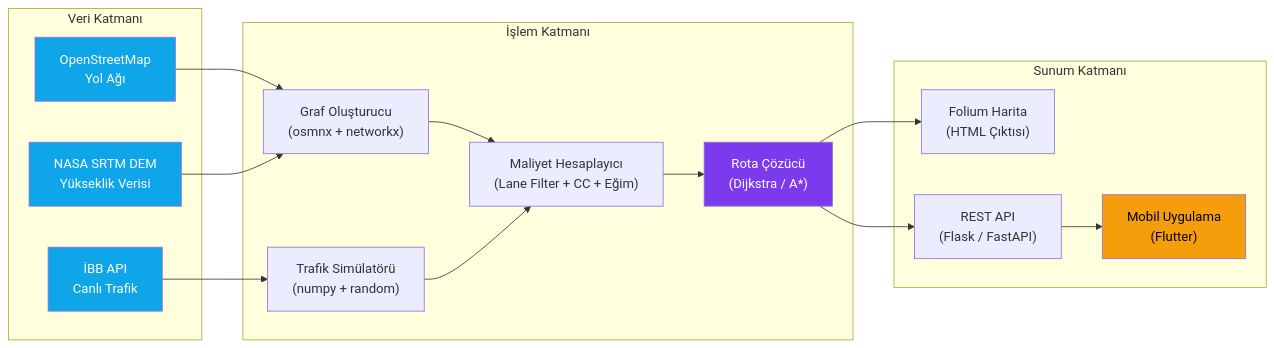
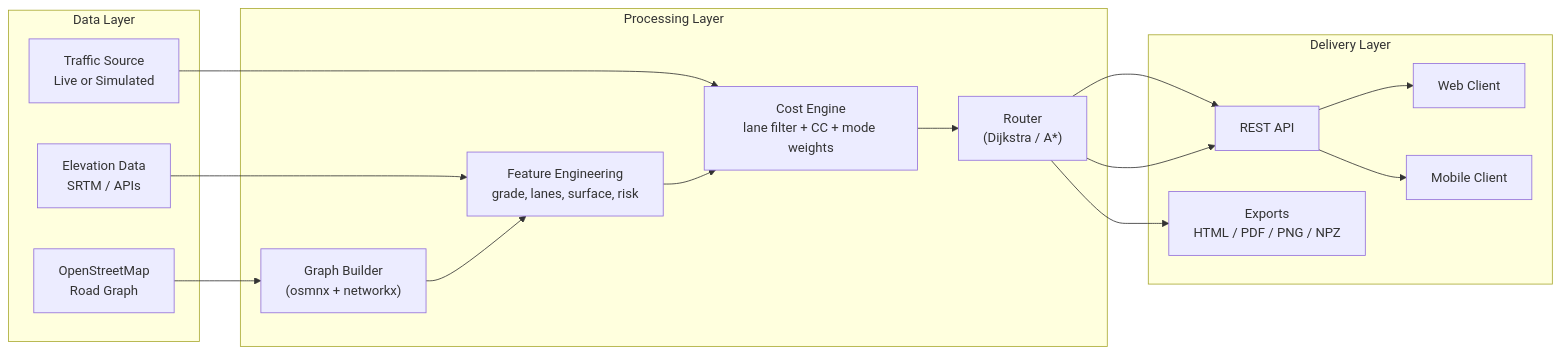
Before and after one commit to alireal973/motomap: the diagram in README.md, drawn with Mermaid. The commit also changed other lines of this file and 38 other files, not shown here.

````diff
--- a/README.md
+++ b/README.md
@@ -211,36 +125,30 @@
 ```mermaid
 graph LR
-    subgraph "Veri Katmanı"
-        OSM["OpenStreetMap<br/>Yol Ağı"]
-        DEM["NASA SRTM DEM<br/>Yükseklik Verisi"]
-        IBB["İBB API<br/>Canlı Trafik"]
+    subgraph "Data Layer"
+        OSM["OpenStreetMap<br/>Road Graph"]
+        DEM["Elevation Data<br/>SRTM / APIs"]
+        TRAFFIC["Traffic Source<br/>Live or Simulated"]
     end
 
-    subgraph "İşlem Katmanı"
-        GRAF["Graf Oluşturucu<br/>(osmnx + networkx)"]
-        SIM["Trafik Simülatörü<br/>(numpy + random)"]
-        COST["Maliyet Hesaplayıcı<br/>(Lane Filter + CC + Eğim)"]
-        DIJKSTRA["Rota Çözücü<br/>(Dijkstra / A*)"]
+    subgraph "Processing Layer"
+        GRAPH["Graph Builder<br/>(osmnx + networkx)"]
+        FEATURES["Feature Engineering<br/>grade, lanes, surface, risk"]
+        COST["Cost Engine<br/>lane filter + CC + mode weights"]
+        ROUTER["Router<br/>(Dijkstra / A*)"]
     end
 
-    subgraph "Sunum Katmanı"
-        FOLIUM["Folium Harita<br/>(HTML Çıktısı)"]
-        API["REST API<br/>(Flask / FastAPI)"]
-        MOBILE["Mobil Uygulama<br/>(Flutter)"]
+    subgraph "Delivery Layer"
+        API["REST API"]
+        WEB["Web Client"]
+        MOBILE["Mobile Client"]
+        OUTPUTS["Exports<br/>HTML / PDF / PNG / NPZ"]
     end
 
-    OSM --> GRAF
-    DEM --> GRAF
-    IBB --> SIM
-    GRAF --> COST
-    SIM --> COST
-    COST --> DIJKSTRA
-    DIJKSTRA --> FOLIUM
-    DIJKSTRA --> API --> MOBILE
-
-    style OSM fill:#0ea5e9,color:#fff
-    style DEM fill:#0ea5e9,color:#fff
-    style IBB fill:#0ea5e9,color:#fff
-    style DIJKSTRA fill:#7c3aed,color:#fff
-    style MOBILE fill:#f59e0b,color:#000
+    OSM --> GRAPH
+    DEM --> FEATURES
+    TRAFFIC --> COST
+    GRAPH --> FEATURES --> COST --> ROUTER
+    ROUTER --> API --> WEB
+    ROUTER --> API --> MOBILE
+    ROUTER --> OUTPUTS
 ```
````
